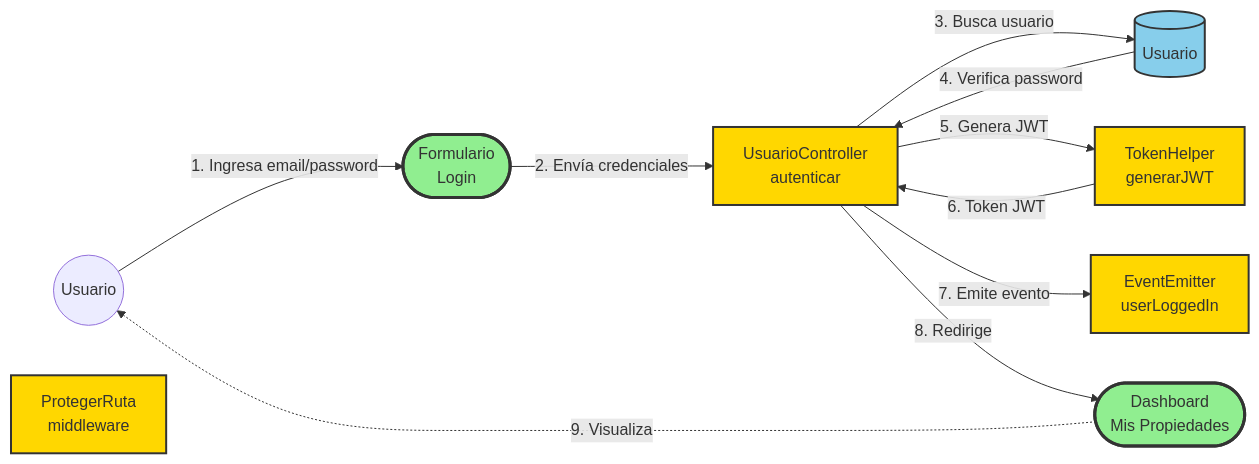
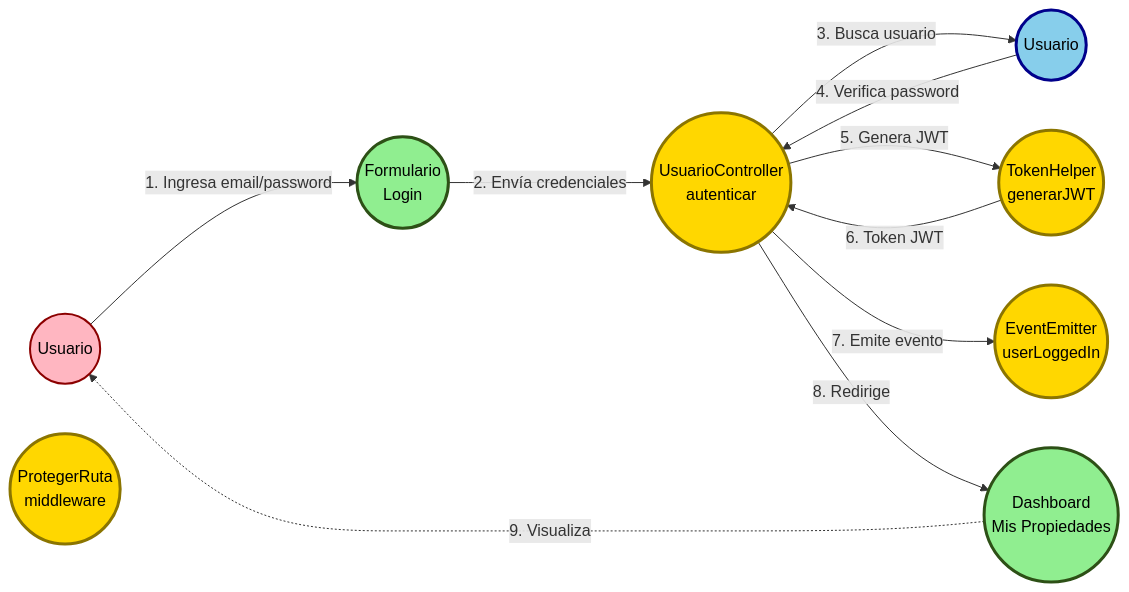
Before and after one commit to cgala/TFI_HybridParking: the second of 8 diagrams in diagrama-robustez.md, drawn with Mermaid. The commit also changed other lines of this file and 1 other file, not shown here.

First line of the commit message:
Refactor: Diagramas de robustez con elementos redondos y diseño horizontal

````diff
--- a/diagrama-robustez.md
+++ b/diagrama-robustez.md
@@ -71,35 +73,37 @@
 ```mermaid
 graph LR
     Actor((Usuario))
 
-    %% Boundaries
-    FormLogin([Formulario<br/>Login])
-    Dashboard([Dashboard<br/>Mis Propiedades])
+    %% Boundaries - Círculos verdes
+    FormLogin((Formulario<br/>Login))
+    Dashboard((Dashboard<br/>Mis Propiedades))
 
-    %% Controls
-    AutenticarCtrl[UsuarioController<br/>autenticar]
-    TokenCtrl[TokenHelper<br/>generarJWT]
-    ProtegerCtrl[ProtegerRuta<br/>middleware]
-    EventCtrl[EventEmitter<br/>userLoggedIn]
+    %% Controls - Círculos amarillos
+    AutenticarCtrl((UsuarioController<br/>autenticar))
+    TokenCtrl((TokenHelper<br/>generarJWT))
+    ProtegerCtrl((ProtegerRuta<br/>middleware))
+    EventCtrl((EventEmitter<br/>userLoggedIn))
 
-    %% Entities
-    UsuarioEnt[(Usuario)]
+    %% Entities - Círculos azules
+    UsuarioEnt((Usuario))
 
     Actor -->|1. Ingresa email/password| FormLogin
     FormLogin -->|2. Envía credenciales| AutenticarCtrl
     AutenticarCtrl -->|3. Busca usuario| UsuarioEnt
     UsuarioEnt -->|4. Verifica password| AutenticarCtrl
     AutenticarCtrl -->|5. Genera JWT| TokenCtrl
     TokenCtrl -->|6. Token JWT| AutenticarCtrl
     AutenticarCtrl -->|7. Emite evento| EventCtrl
     AutenticarCtrl -->|8. Redirige| Dashboard
     Dashboard -.->|9. Visualiza| Actor
 
-    classDef boundary fill:#90EE90,stroke:#333,stroke-width:3px
-    classDef control fill:#FFD700,stroke:#333,stroke-width:2px
-    classDef entity fill:#87CEEB,stroke:#333,stroke-width:2px
+    classDef boundary fill:#90EE90,stroke:#2d5016,stroke-width:3px,color:#000
+    classDef control fill:#FFD700,stroke:#8B7500,stroke-width:3px,color:#000
+    classDef entity fill:#87CEEB,stroke:#00008B,stroke-width:3px,color:#000
+    classDef actor fill:#FFB6C1,stroke:#8B0000,stroke-width:2px,color:#000
 
     class FormLogin,Dashboard boundary
     class AutenticarCtrl,TokenCtrl,ProtegerCtrl,EventCtrl control
     class UsuarioEnt entity
+    class Actor actor
 ```
````
